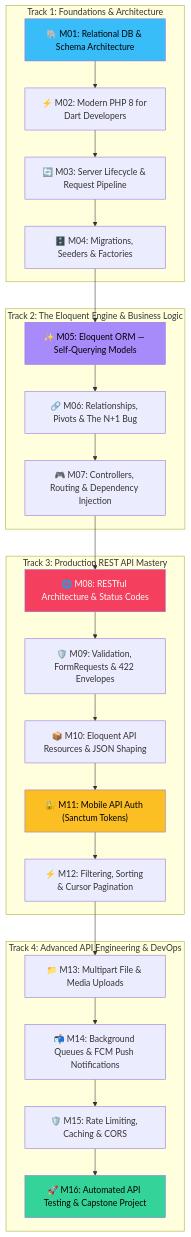
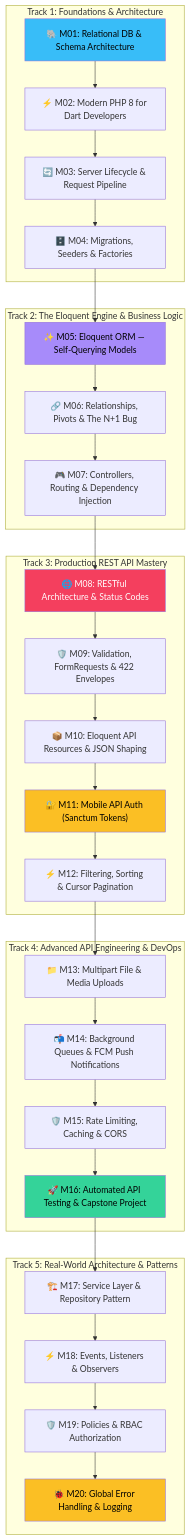
Before and after one commit to Nayemalam110/lara_quest: the second of 5 diagrams in PLAN.md, drawn with Mermaid. The commit also changed other lines of this file and 4 other files, not shown here.

Commit message:
feat(curriculum): expand Track 5 with Modules 17-20 (Service Layer, Events, Policies, Global Error Handling)

````diff
--- a/PLAN.md
+++ b/PLAN.md
@@ -263,41 +263,50 @@
 ```mermaid
 graph TD
     subgraph T1["Track 1: Foundations & Architecture"]
         M01["🐘 M01: Relational DB & Schema Architecture"]
         M02["⚡ M02: Modern PHP 8 for Dart Developers"]
         M03["🔄 M03: Server Lifecycle & Request Pipeline"]
         M04["🗄️ M04: Migrations, Seeders & Factories"]
     end
 
     subgraph T2["Track 2: The Eloquent Engine & Business Logic"]
         M05["✨ M05: Eloquent ORM — Self-Querying Models"]
         M06["🔗 M06: Relationships, Pivots & The N+1 Bug"]
         M07["🎮 M07: Controllers, Routing & Dependency Injection"]
     end
 
     subgraph T3["Track 3: Production REST API Mastery"]
         M08["🌐 M08: RESTful Architecture & Status Codes"]
         M09["🛡️ M09: Validation, FormRequests & 422 Envelopes"]
         M10["📦 M10: Eloquent API Resources & JSON Shaping"]
         M11["🔐 M11: Mobile API Auth (Sanctum Tokens)"]
         M12["⚡ M12: Filtering, Sorting & Cursor Pagination"]
     end
 
     subgraph T4["Track 4: Advanced API Engineering & DevOps"]
         M13["📁 M13: Multipart File & Media Uploads"]
         M14["📬 M14: Background Queues & FCM Push Notifications"]
         M15["🛡️ M15: Rate Limiting, Caching & CORS"]
         M16["🚀 M16: Automated API Testing & Capstone Project"]
     end
 
+    subgraph T5["Track 5: Real-World Architecture & Patterns"]
+        M17["🏗️ M17: Service Layer & Repository Pattern"]
+        M18["⚡ M18: Events, Listeners & Observers"]
+        M19["🛡️ M19: Policies & RBAC Authorization"]
+        M20["🐞 M20: Global Error Handling & Logging"]
+    end
+
     M01 --> M02 --> M03 --> M04
     M04 --> M05 --> M06 --> M07
     M07 --> M08 --> M09 --> M10 --> M11 --> M12
     M12 --> M13 --> M14 --> M15 --> M16
+    M16 --> M17 --> M18 --> M19 --> M20
 
     style M01 fill:#38bdf8,color:#000
     style M05 fill:#a78bfa,color:#000
     style M08 fill:#f43f5e,color:#fff
     style M11 fill:#fbbf24,color:#000
     style M16 fill:#34d399,color:#000
+    style M20 fill:#fbbf24,color:#000
 ```
````
